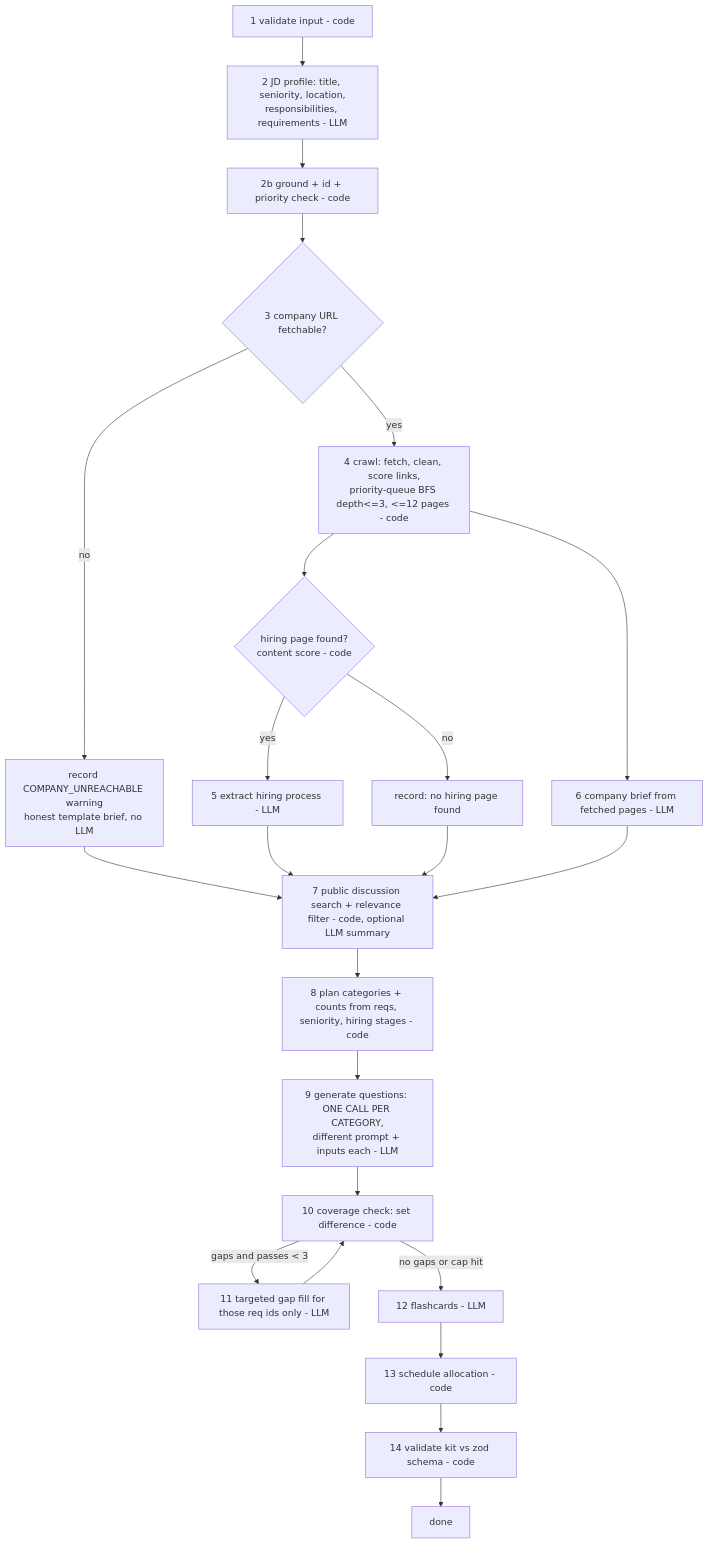
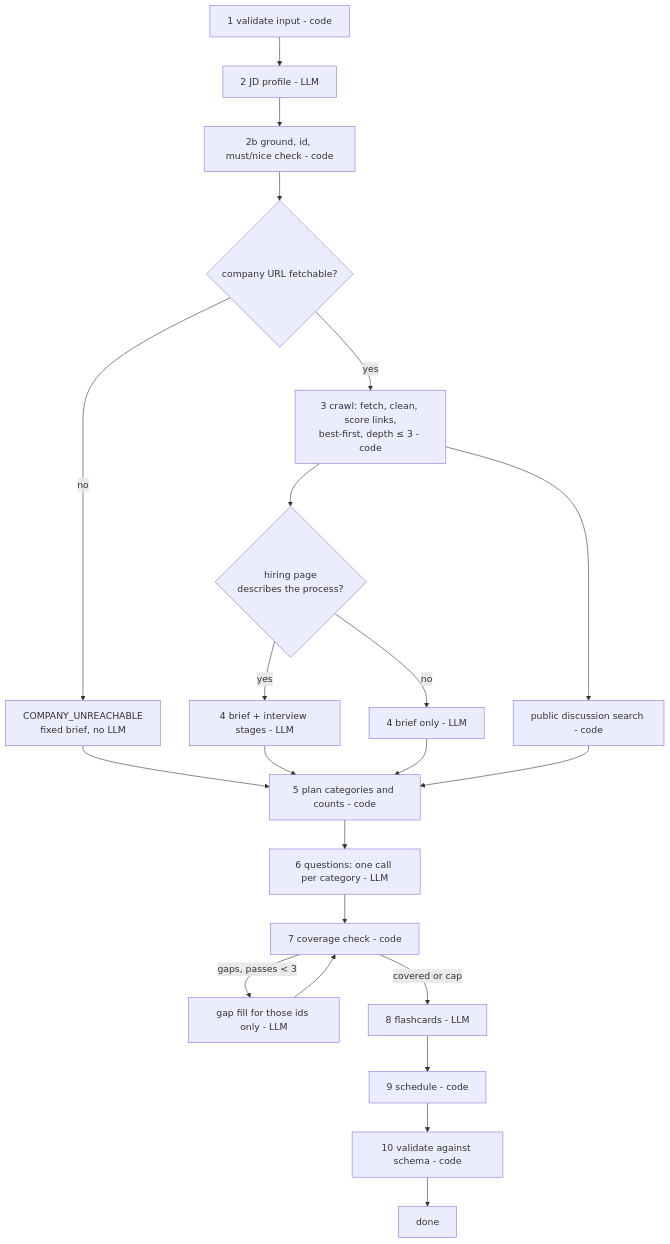
The second of 2 diagrams in docs/DESIGN.md (surya758/prepkit), drawn with Mermaid before and after one commit. The commit also changed other lines of this file and 1 other file, not shown here.

````diff
--- a/docs/DESIGN.md
+++ b/docs/DESIGN.md
@@ -59,24 +52,23 @@
 ```mermaid
 flowchart TD
-  A[1 validate input - code] --> B[2 JD profile: title, seniority, location,<br/>responsibilities, requirements - LLM]
-  B --> B2[2b ground + id + priority check - code]
-  B2 --> C{3 company URL fetchable?}
-  C -- no --> C1[record COMPANY_UNREACHABLE warning<br/>honest template brief, no LLM]
-  C -- yes --> D[4 crawl: fetch, clean, score links,<br/>priority-queue BFS depth<=3, <=12 pages - code]
-  D --> E{hiring page found?<br/>content score - code}
-  E -- yes --> F[5 extract hiring process - LLM]
-  E -- no --> F1[record: no hiring page found]
-  D --> G[6 company brief from fetched pages - LLM]
-  C1 --> H
-  F --> H[7 public discussion search + relevance filter - code, optional LLM summary]
-  F1 --> H
-  G --> H
-  H --> I[8 plan categories + counts from reqs, seniority, hiring stages - code]
-  I --> J[9 generate questions: ONE CALL PER CATEGORY,<br/>different prompt + inputs each - LLM]
-  J --> K[10 coverage check: set difference - code]
-  K -- gaps and passes < 3 --> L[11 targeted gap fill for those req ids only - LLM]
+  A[1 validate input - code] --> B[2 JD profile - LLM]
+  B --> B2[2b ground, id, must/nice check - code]
+  B2 --> C{company URL fetchable?}
+  C -- no --> C1[COMPANY_UNREACHABLE<br/>fixed brief, no LLM]
+  C -- yes --> D[3 crawl: fetch, clean, score links,<br/>best-first, depth ≤ 3 - code]
+  D --> E{hiring page<br/>describes the process?}
+  E -- yes --> F[4 brief + interview stages - LLM]
+  E -- no --> F1[4 brief only - LLM]
+  D --> H[public discussion search - code]
+  C1 --> I
+  F --> I[5 plan categories and counts - code]
+  F1 --> I
+  H --> I
+  I --> J[6 questions: one call per category - LLM]
+  J --> K[7 coverage check - code]
+  K -- gaps, passes < 3 --> L[gap fill for those ids only - LLM]
   L --> K
-  K -- no gaps or cap hit --> M[12 flashcards - LLM]
-  M --> N[13 schedule allocation - code]
-  N --> O[14 validate kit vs zod schema - code] --> P[done]
+  K -- covered or cap --> M[8 flashcards - LLM]
+  M --> N[9 schedule - code]
+  N --> O[10 validate against schema - code] --> P[done]
 ```
````
